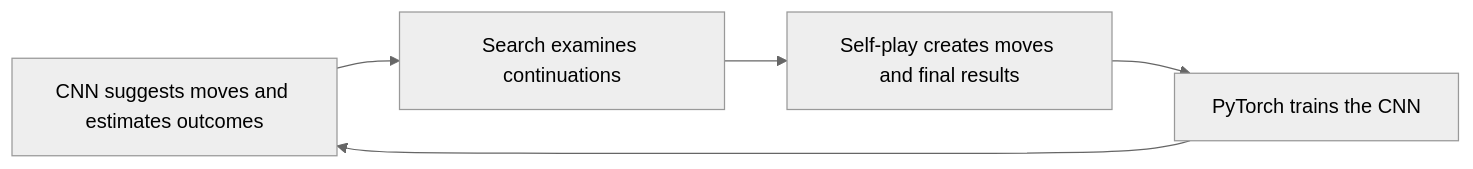
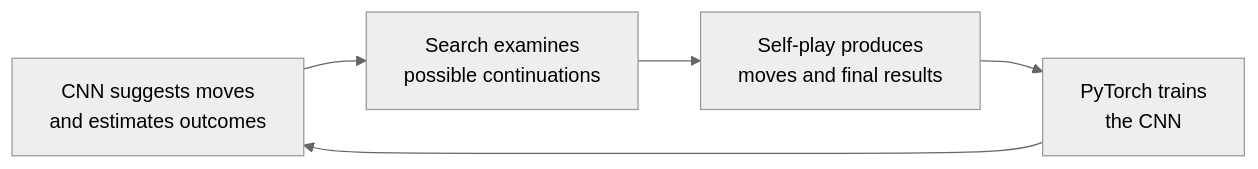
The diagram in docs/alphablokus-explanation.md (LinuxFan2718/BlockGame), drawn with Mermaid (neutral theme) before and after one commit. The commit also changed other lines of this file and 1 other file, not shown here.

````diff
--- a/docs/alphablokus-explanation.md
+++ b/docs/alphablokus-explanation.md
@@ -9,7 +7,7 @@
 ```mermaid
 flowchart LR
-    N["CNN suggests moves and estimates outcomes"] --> S["Search examines continuations"]
-    S --> G["Self-play creates moves and final results"]
-    G --> T["PyTorch trains the CNN"]
+    N["CNN suggests moves<br/>and estimates outcomes"] --> S["Search examines<br/>possible continuations"]
+    S --> G["Self-play produces<br/>moves and final results"]
+    G --> T["PyTorch trains<br/>the CNN"]
     T --> N
 ```
````
